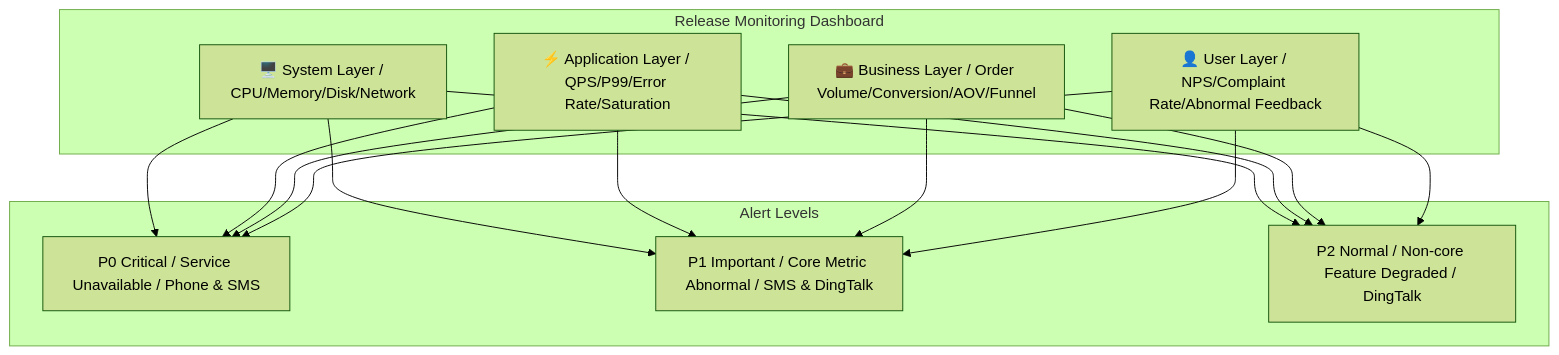
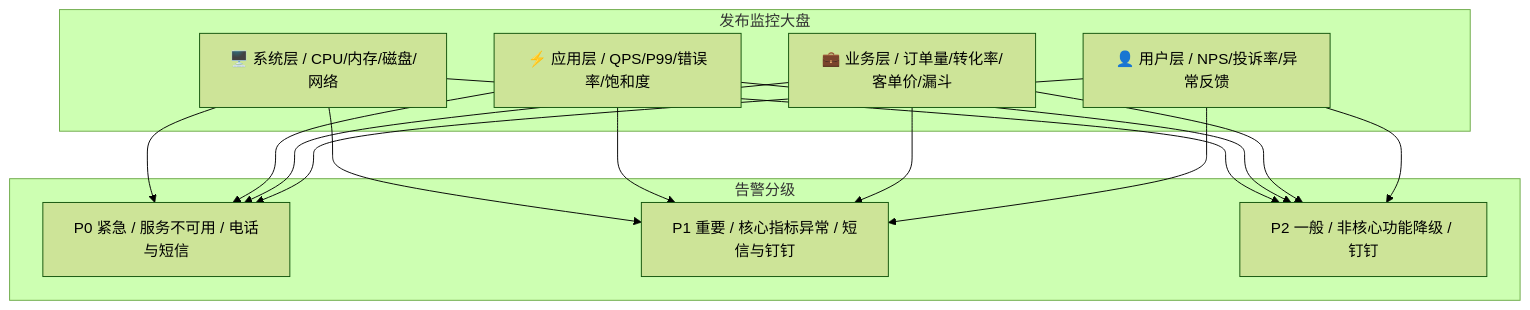
Before and after one commit to Kirky-X/cangjie: the fifth of 8 diagrams in templates/Product/Delivery/Template-Release-Plan.md, drawn with Mermaid (forest theme). The commit also changed other lines of this file and 33 other files, not shown here.

````diff
--- a/templates/Product/Delivery/Template-Release-Plan.md
+++ b/templates/Product/Delivery/Template-Release-Plan.md
@@ -395,28 +395,28 @@
 ```mermaid
 graph TB
-    subgraph Release Monitoring Dashboard
-        M1[🖥️ System Layer / CPU/Memory/Disk/Network]
-        M2[⚡ Application Layer / QPS/P99/Error Rate/Saturation]
-        M3[💼 Business Layer / Order Volume/Conversion/AOV/Funnel]
-        M4[👤 User Layer / NPS/Complaint Rate/Abnormal Feedback]
+    subgraph 发布监控大盘
+        M1[🖥️ 系统层 / CPU/内存/磁盘/网络]
+        M2[⚡ 应用层 / QPS/P99/错误率/饱和度]
+        M3[💼 业务层 / 订单量/转化率/客单价/漏斗]
+        M4[👤 用户层 / NPS/投诉率/异常反馈]
     end
 
-    subgraph Alert Levels
-        A1[P0 Critical / Service Unavailable / Phone & SMS]
-        A2[P1 Important / Core Metric Abnormal / SMS & DingTalk]
-        A3[P2 Normal / Non-core Feature Degraded / DingTalk]
+    subgraph 告警分级
+        A1[P0 紧急 / 服务不可用 / 电话与短信]
+        A2[P1 重要 / 核心指标异常 / 短信与钉钉]
+        A3[P2 一般 / 非核心功能降级 / 钉钉]
     end
 
     M1 --> A1
     M2 --> A1
     M3 --> A1
     M4 --> A1
     M1 --> A2
     M2 --> A2
     M3 --> A2
     M4 --> A2
     M1 --> A3
     M2 --> A3
     M3 --> A3
     M4 --> A3
 ```
````
